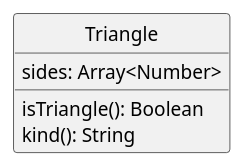
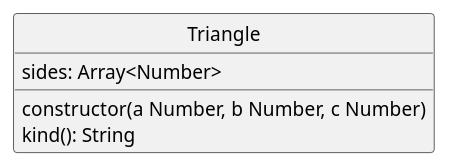
One commit to ifpb/javascript-exercises changed the diagram in challenges/ecma/algorithms/assets/triangle.pu. Above: the diagram before and after it, drawn with PlantUML. The commit also changed 9 other files, not shown here.

```diff
--- a/challenges/ecma/algorithms/assets/triangle.pu
+++ b/challenges/ecma/algorithms/assets/triangle.pu
@@ -1,11 +1,11 @@
 @startuml
 skinparam classAttributeIconSize 0
 skinparam monochrome true
 hide circle
 
 class Triangle {
   sides: Array<Number>
-  isTriangle(): Boolean
+  constructor(a Number, b Number, c Number)
   kind(): String
 }
 @enduml
```
